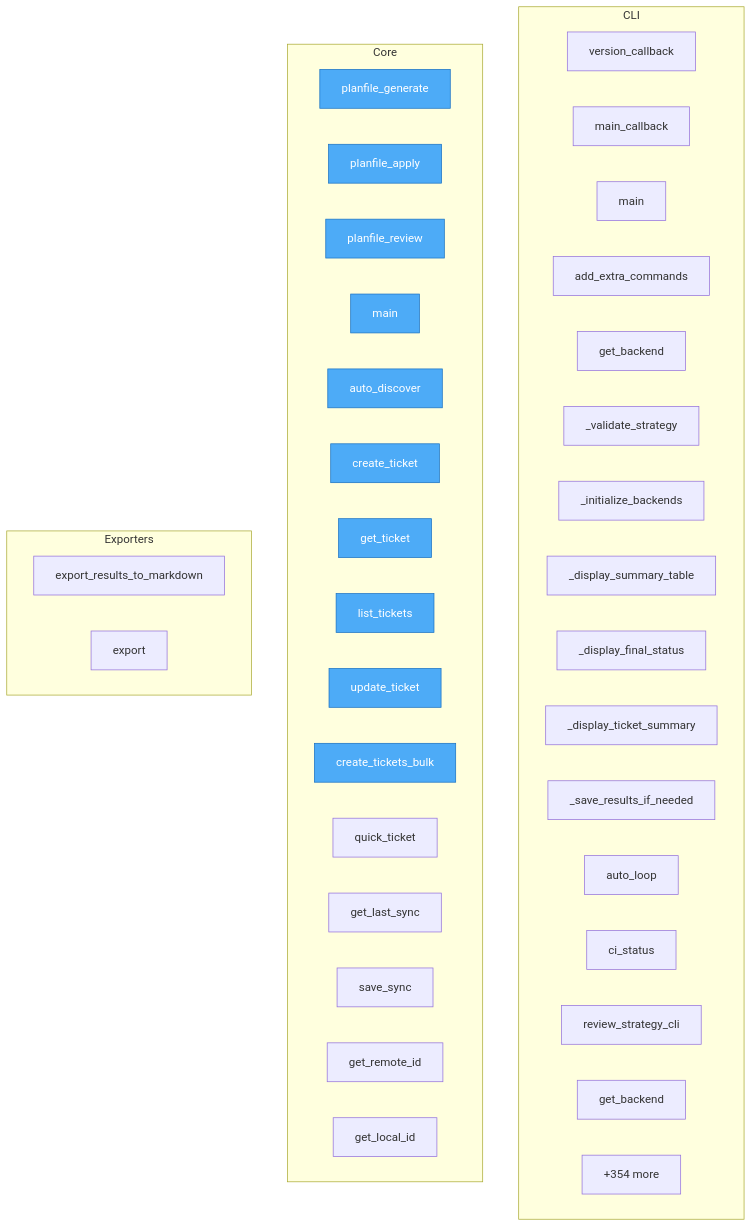
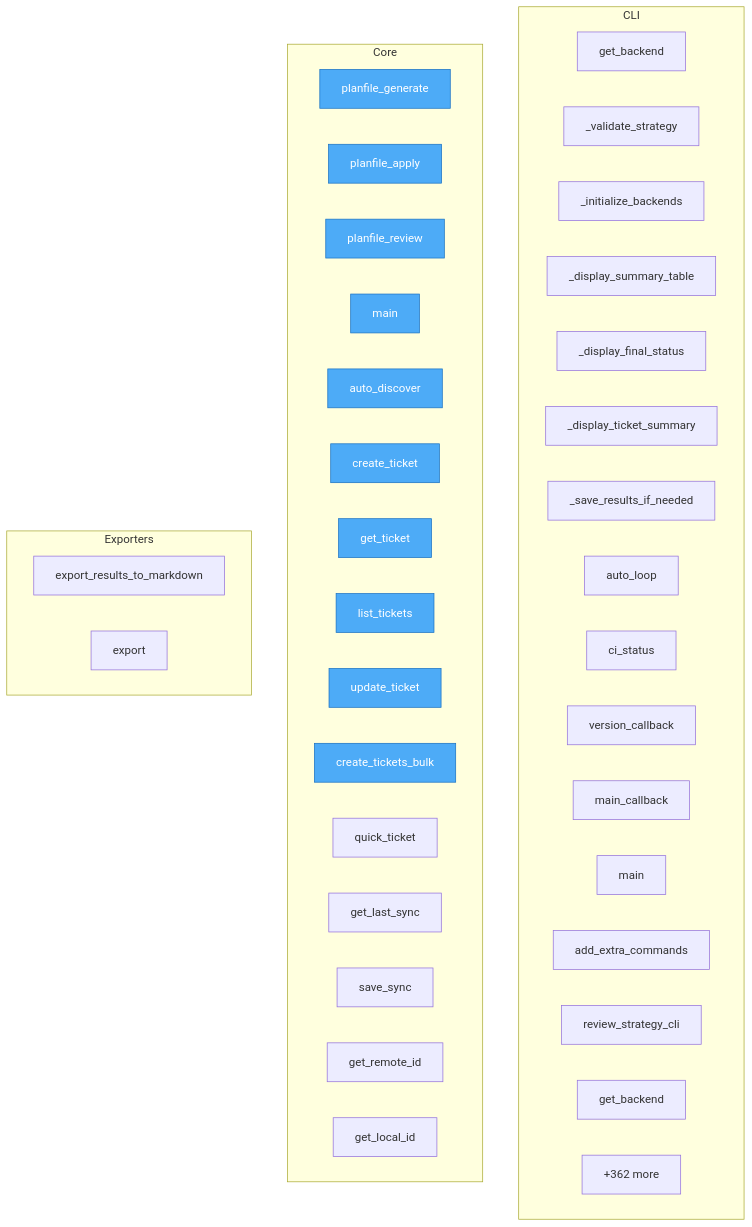
The diagram in project/flow.mmd (semcod/planfile), drawn with Mermaid before and after one commit. The commit also changed 50 other files, not shown here.

```diff
--- a/project/flow.mmd
+++ b/project/flow.mmd
@@ -1,49 +1,49 @@
 flowchart TD
 
     %% Entry points (blue)
     classDef entry fill:#4dabf7,stroke:#1971c2,color:#fff
 
     subgraph CLI
-        planfile__cli__commands__version_callback["version_callback"]
-        planfile__cli__commands__main_callback["main_callback"]
-        planfile__cli__commands__main["main"]
-        planfile__cli__extra_commands__add_extra_commands["add_extra_commands"]
         planfile__cli__auto_loop__get_backend["get_backend"]
         planfile__cli__auto_loop___validate_strategy["_validate_strategy"]
         planfile__cli__auto_loop___initialize_backends["_initialize_backends"]
         planfile__cli__auto_loop___display_summary_table["_display_summary_table"]
         planfile__cli__auto_loop___display_final_status["_display_final_status"]
         planfile__cli__auto_loop___display_ticket_summary["_display_ticket_summary"]
         planfile__cli__auto_loop___save_results_if_needed["_save_results_if_needed"]
         planfile__cli__auto_loop__auto_loop["auto_loop"]
         planfile__cli__auto_loop__ci_status["ci_status"]
+        planfile__cli__commands__version_callback["version_callback"]
+        planfile__cli__commands__main_callback["main_callback"]
+        planfile__cli__commands__main["main"]
+        planfile__cli__extra_commands__add_extra_commands["add_extra_commands"]
         planfile__cli__cmd__cmd_review__review_strategy_cli["review_strategy_cli"]
         planfile__cli__cmd__cmd_utils__get_backend["get_backend"]
         ...["+30 more"]
     end
 
     subgraph Core
         mcp_server_example__planfile_generate["planfile_generate"]
         mcp_server_example__planfile_apply["planfile_apply"]
         mcp_server_example__planfile_review["planfile_review"]
         mcp_server_example__main["main"]
         planfile__Planfile__auto_discover["auto_discover"]
         planfile__Planfile__create_ticket["create_ticket"]
         planfile__Planfile__get_ticket["get_ticket"]
         planfile__Planfile__list_tickets["list_tickets"]
         planfile__Planfile__update_ticket["update_ticket"]
         planfile__Planfile__create_tickets_bulk["create_tickets_bulk"]
         planfile__quick_ticket["quick_ticket"]
         planfile__sync__state__SyncState__get_last_sync["get_last_sync"]
         planfile__sync__state__SyncState__save_sync["save_sync"]
         planfile__sync__state__SyncState__get_remote_id["get_remote_id"]
         planfile__sync__state__SyncState__get_local_id["get_local_id"]
-        ...["+354 more"]
+        ...["+362 more"]
     end
 
     subgraph Exporters
         planfile__loaders__cli_loader__export_results_to_markdown["export_results_to_markdown"]
         planfile__core__models__Strategy__export["export"]
     end
 
     class mcp_server_example__planfile_generate,mcp_server_example__planfile_apply,mcp_server_example__planfile_review,mcp_server_example__main,planfile__Planfile__auto_discover,planfile__Planfile__create_ticket,planfile__Planfile__get_ticket,planfile__Planfile__list_tickets,planfile__Planfile__update_ticket,planfile__Planfile__create_tickets_bulk entry
```
